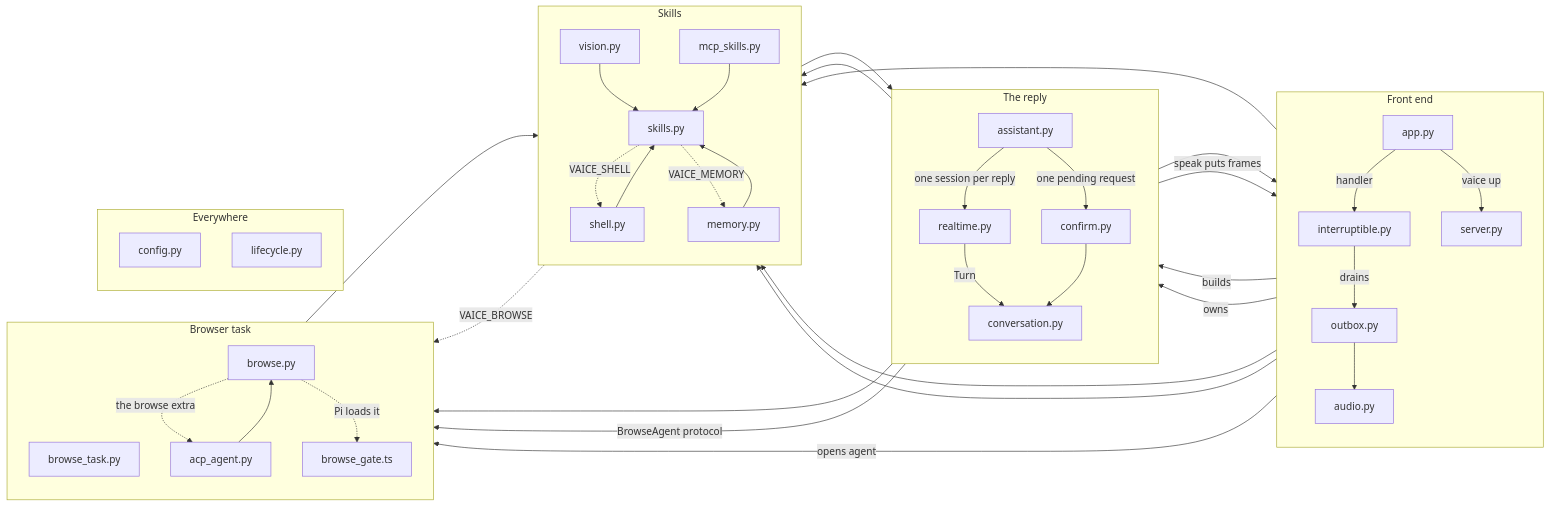
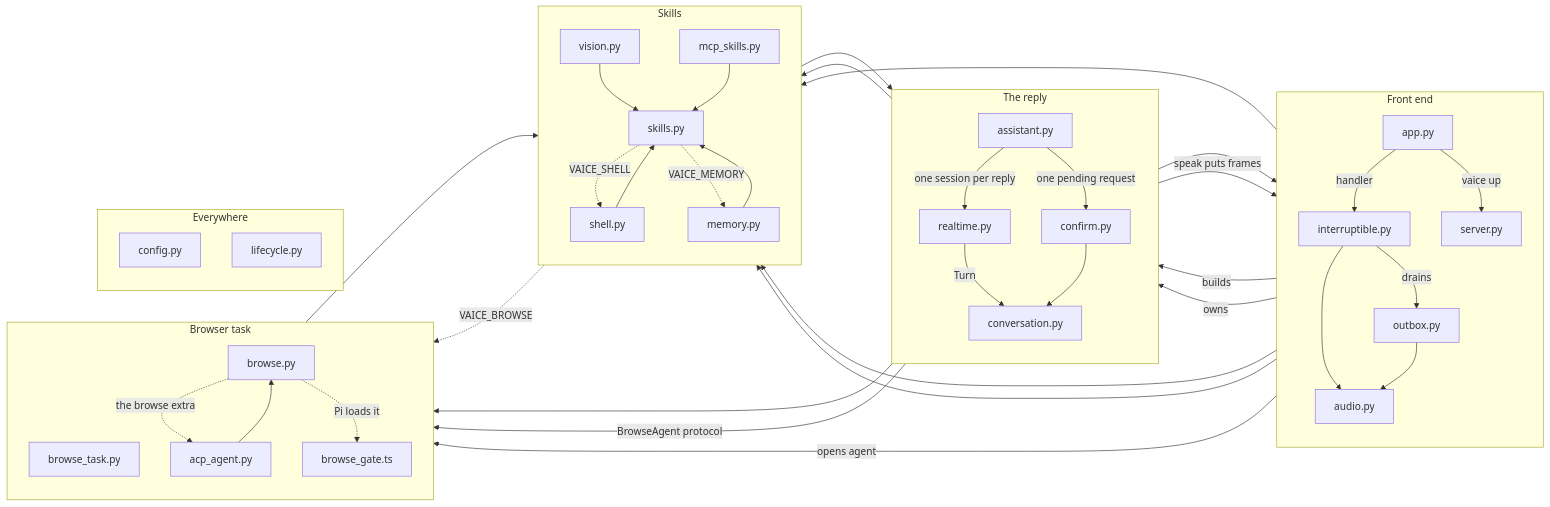
One commit to ranacseruet/vaice changed the second of 11 diagrams in docs/architecture.md. Above: the diagram before and after it, drawn with Mermaid. The commit also changed other lines of this file and 12 other files, not shown here.

````diff
--- a/docs/architecture.md
+++ b/docs/architecture.md
@@ -50,70 +50,71 @@
 ```mermaid
 flowchart LR
   %% view: modules
   subgraph front["Front end"]
     direction TB
     app["app.py"]
     interruptible["interruptible.py"]
     outbox["outbox.py"]
     audio["audio.py"]
     server["server.py"]
   end
   subgraph core["The reply"]
     direction TB
     assistant["assistant.py"]
     realtime["realtime.py"]
     conversation["conversation.py"]
     confirm["confirm.py"]
   end
   subgraph skillset["Skills"]
     direction TB
     skills["skills.py"]
     shell["shell.py"]
     memory["memory.py"]
     vision["vision.py"]
     mcp_skills["mcp_skills.py"]
   end
   subgraph browsing["Browser task"]
     direction TB
     browse_task["browse_task.py"]
     browse["browse.py"]
     acp_agent["acp_agent.py"]
     gate["browse_gate.ts"]
   end
   subgraph base["Everywhere"]
     direction TB
     config["config.py"]
     lifecycle["lifecycle.py"]
   end
   app -->|"builds"| assistant
   app -->|"handler"| interruptible
   app -->|"owns"| conversation
   app -->|"vaice up"| server
   app -->|"opens agent"| browse
   app --> mcp_skills
   app --> vision
   app --> memory
   interruptible -->|"drains"| outbox
+  interruptible --> audio
   outbox --> audio
   assistant -->|"one session per reply"| realtime
   assistant -->|"one pending request"| confirm
   assistant --> skills
   assistant --> browse_task
   assistant -->|"BrowseAgent protocol"| browse
   realtime --> audio
   realtime -->|"Turn"| conversation
   realtime -->|"speak puts frames"| outbox
   confirm --> conversation
   shell --> skills
   memory --> skills
   memory --> conversation
   vision --> skills
   mcp_skills --> skills
   browse_task --> skills
   skills -.->|"VAICE_SHELL"| shell
   skills -.->|"VAICE_MEMORY"| memory
   skills -.->|"VAICE_BROWSE"| browse_task
   browse -.->|"the browse extra"| acp_agent
   acp_agent --> browse
   browse -.->|"Pi loads it"| gate
 ```
````
